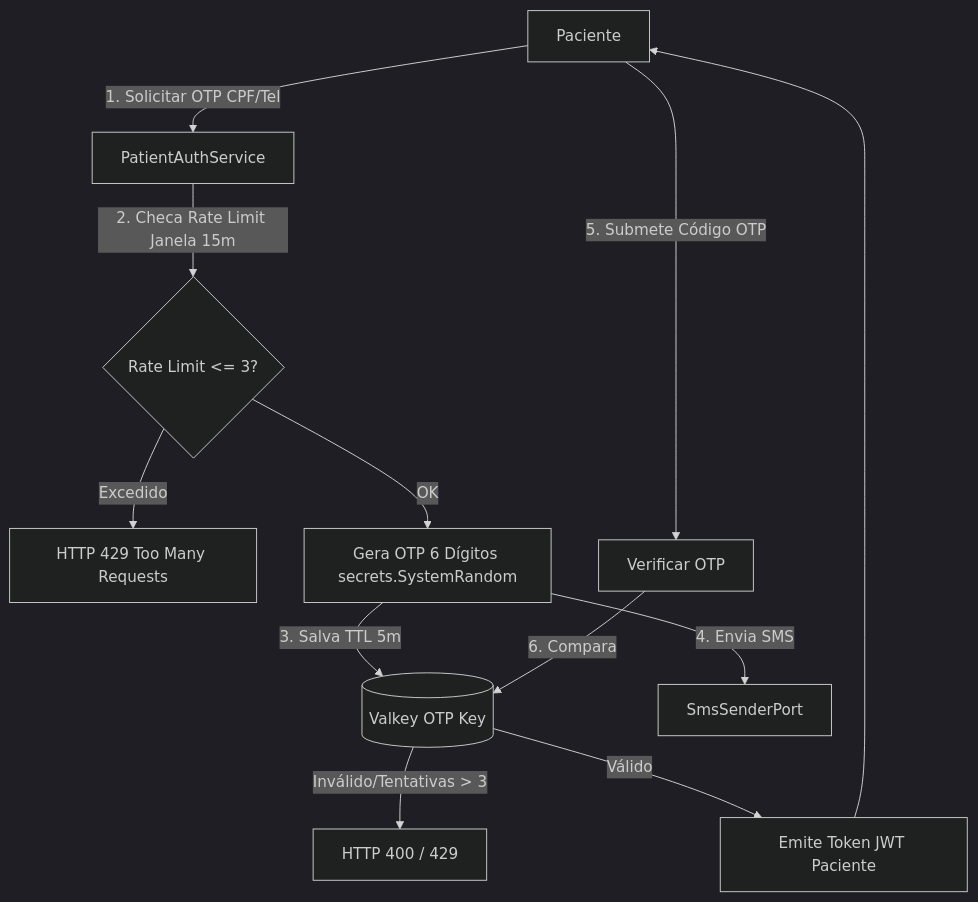
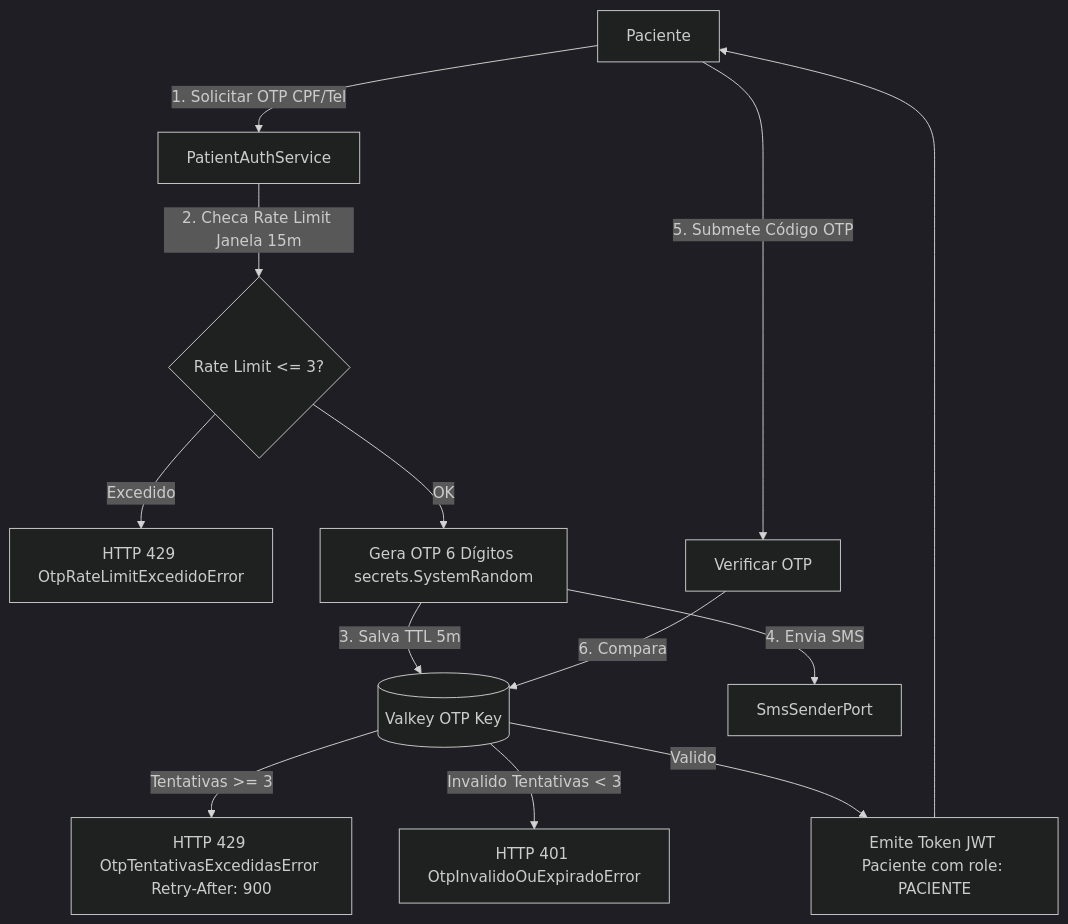
One commit to Rafaelp122/medisync changed the second of 3 diagrams in docs/explanation/domains/auth-domain.md. Above: the diagram before and after it, drawn with Mermaid (dark theme). The commit also changed other lines of this file and 18 other files, not shown here.

First line of the commit message:
fix(auth): retornar HTTP 429 no bloqueio de tentativas OTP e incluir role no payload (#86)

````diff
--- a/docs/explanation/domains/auth-domain.md
+++ b/docs/explanation/domains/auth-domain.md
@@ -49,14 +49,15 @@
 ```mermaid
 flowchart TD
     Paciente[Paciente] -->|1. Solicitar OTP CPF/Tel| Service[PatientAuthService]
     Service -->|2. Checa Rate Limit Janela 15m| RL{Rate Limit <= 3?}
-    RL -->|Excedido| Err429[HTTP 429 Too Many Requests]
+    RL -->|Excedido| Err429[HTTP 429 OtpRateLimitExcedidoError]
     RL -->|OK| Gen[Gera OTP 6 Dígitos secrets.SystemRandom]
     Gen -->|3. Salva TTL 5m| Valkey[(Valkey OTP Key)]
     Gen -->|4. Envia SMS| SMS[SmsSenderPort]
     Paciente -->|5. Submete Código OTP| Verify[Verificar OTP]
     Verify -->|6. Compara| Valkey
-    Valkey -->|Inválido/Tentativas > 3| Err400[HTTP 400 / 429]
-    Valkey -->|Válido| Token[Emite Token JWT Paciente]
+    Valkey -->|Tentativas >= 3| Err429Lockout[HTTP 429 OtpTentativasExcedidasError Retry-After: 900]
+    Valkey -->|Invalido Tentativas < 3| Err401[HTTP 401 OtpInvalidoOuExpiradoError]
+    Valkey -->|Valido| Token[Emite Token JWT Paciente com role: PACIENTE]
     Token --> Paciente
 ```
````
